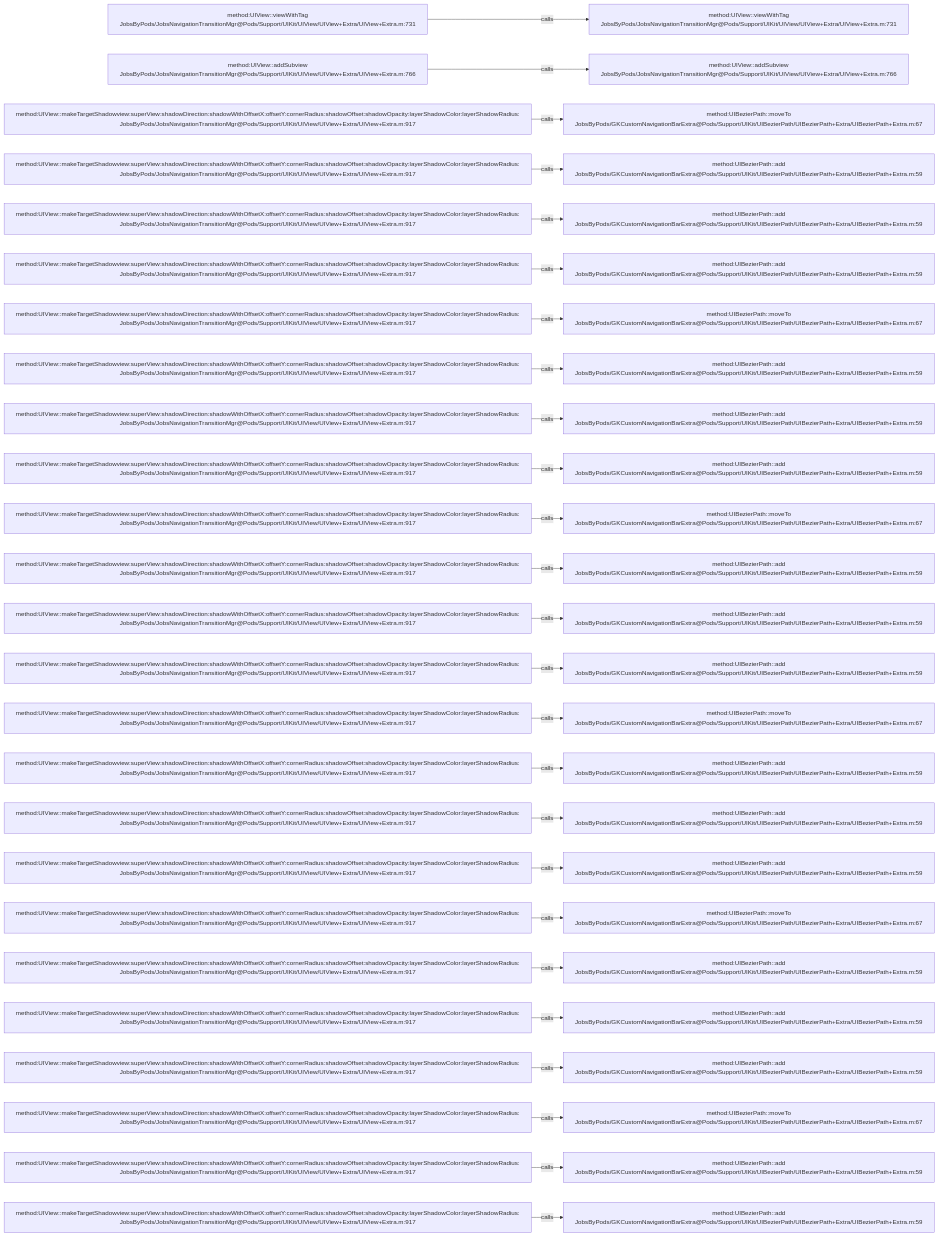
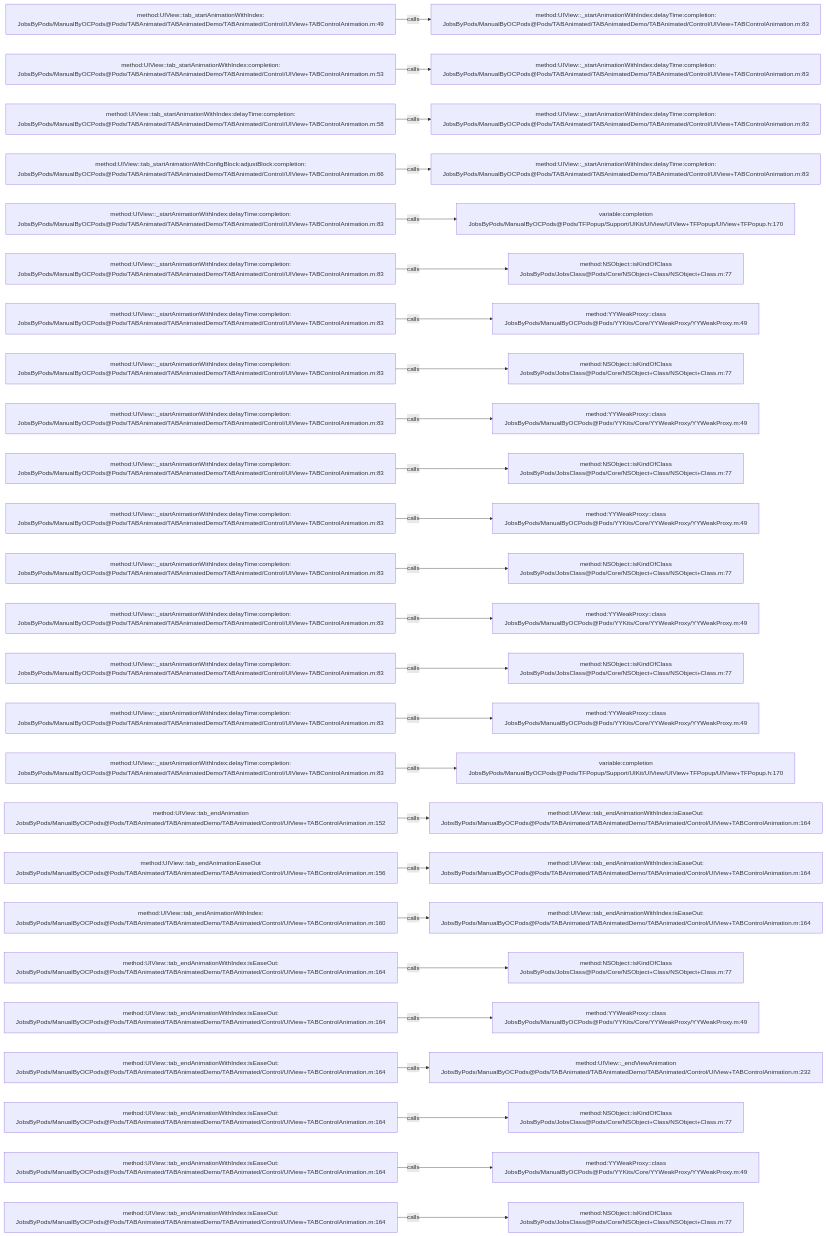
The diagram in .codegraph/codegraph.md/graphs/calls-132.md (JobsKits/JobsOCBaseConfigDemo), drawn with Mermaid before and after one commit. The commit also changed 573 other files, not shown here.

````diff
--- a/.codegraph/codegraph.md/graphs/calls-132.md
+++ b/.codegraph/codegraph.md/graphs/calls-132.md
@@ -13,78 +13,78 @@
 ```mermaid
 flowchart LR
-  S1["method:UIView::viewWithTag<br/>JobsByPods/JobsNavigationTransitionMgr@Pods/Support/UIKit/UIView/UIView+Extra/UIView+Extra.m:731"]
-  T1["method:UIView::viewWithTag<br/>JobsByPods/JobsNavigationTransitionMgr@Pods/Support/UIKit/UIView/UIView+Extra/UIView+Extra.m:731"]
+  S1["method:UIView::tab_startAnimationWithIndex:<br/>JobsByPods/ManualByOCPods@Pods/TABAnimated/TABAnimatedDemo/TABAnimated/Control/UIView+TABControlAnimation.m:49"]
+  T1["method:UIView::_startAnimationWithIndex:delayTime:completion:<br/>JobsByPods/ManualByOCPods@Pods/TABAnimated/TABAnimatedDemo/TABAnimated/Control/UIView+TABControlAnimation.m:83"]
   S1 -->|calls| T1
-  S2["method:UIView::addSubview<br/>JobsByPods/JobsNavigationTransitionMgr@Pods/Support/UIKit/UIView/UIView+Extra/UIView+Extra.m:766"]
-  T2["method:UIView::addSubview<br/>JobsByPods/JobsNavigationTransitionMgr@Pods/Support/UIKit/UIView/UIView+Extra/UIView+Extra.m:766"]
+  S2["method:UIView::tab_startAnimationWithIndex:completion:<br/>JobsByPods/ManualByOCPods@Pods/TABAnimated/TABAnimatedDemo/TABAnimated/Control/UIView+TABControlAnimation.m:53"]
+  T2["method:UIView::_startAnimationWithIndex:delayTime:completion:<br/>JobsByPods/ManualByOCPods@Pods/TABAnimated/TABAnimatedDemo/TABAnimated/Control/UIView+TABControlAnimation.m:83"]
   S2 -->|calls| T2
-  S3["method:UIView::makeTargetShadowview:superView:shadowDirection:shadowWithOffsetX:offsetY:cornerRadius:shadowOffset:shadowOpacity:layerShadowColor:layerShadowRadius:<br/>JobsByPods/JobsNavigationTransitionMgr@Pods/Support/UIKit/UIView/UIView+Extra/UIView+Extra.m:917"]
-  T3["method:UIBezierPath::moveTo<br/>JobsByPods/GKCustomNavigationBarExtra@Pods/Support/UIKit/UIBezierPath/UIBezierPath+Extra/UIBezierPath+Extra.m:67"]
+  S3["method:UIView::tab_startAnimationWithIndex:delayTime:completion:<br/>JobsByPods/ManualByOCPods@Pods/TABAnimated/TABAnimatedDemo/TABAnimated/Control/UIView+TABControlAnimation.m:58"]
+  T3["method:UIView::_startAnimationWithIndex:delayTime:completion:<br/>JobsByPods/ManualByOCPods@Pods/TABAnimated/TABAnimatedDemo/TABAnimated/Control/UIView+TABControlAnimation.m:83"]
   S3 -->|calls| T3
-  S4["method:UIView::makeTargetShadowview:superView:shadowDirection:shadowWithOffsetX:offsetY:cornerRadius:shadowOffset:shadowOpacity:layerShadowColor:layerShadowRadius:<br/>JobsByPods/JobsNavigationTransitionMgr@Pods/Support/UIKit/UIView/UIView+Extra/UIView+Extra.m:917"]
-  T4["method:UIBezierPath::add<br/>JobsByPods/GKCustomNavigationBarExtra@Pods/Support/UIKit/UIBezierPath/UIBezierPath+Extra/UIBezierPath+Extra.m:59"]
+  S4["method:UIView::tab_startAnimationWithConfigBlock:adjustBlock:completion:<br/>JobsByPods/ManualByOCPods@Pods/TABAnimated/TABAnimatedDemo/TABAnimated/Control/UIView+TABControlAnimation.m:66"]
+  T4["method:UIView::_startAnimationWithIndex:delayTime:completion:<br/>JobsByPods/ManualByOCPods@Pods/TABAnimated/TABAnimatedDemo/TABAnimated/Control/UIView+TABControlAnimation.m:83"]
   S4 -->|calls| T4
-  S5["method:UIView::makeTargetShadowview:superView:shadowDirection:shadowWithOffsetX:offsetY:cornerRadius:shadowOffset:shadowOpacity:layerShadowColor:layerShadowRadius:<br/>JobsByPods/JobsNavigationTransitionMgr@Pods/Support/UIKit/UIView/UIView+Extra/UIView+Extra.m:917"]
-  T5["method:UIBezierPath::add<br/>JobsByPods/GKCustomNavigationBarExtra@Pods/Support/UIKit/UIBezierPath/UIBezierPath+Extra/UIBezierPath+Extra.m:59"]
+  S5["method:UIView::_startAnimationWithIndex:delayTime:completion:<br/>JobsByPods/ManualByOCPods@Pods/TABAnimated/TABAnimatedDemo/TABAnimated/Control/UIView+TABControlAnimation.m:83"]
+  T5["variable:completion<br/>JobsByPods/ManualByOCPods@Pods/TFPopup/Support/UIKit/UIView/UIView+TFPopup/UIView+TFPopup.h:170"]
   S5 -->|calls| T5
-  S6["method:UIView::makeTargetShadowview:superView:shadowDirection:shadowWithOffsetX:offsetY:cornerRadius:shadowOffset:shadowOpacity:layerShadowColor:layerShadowRadius:<br/>JobsByPods/JobsNavigationTransitionMgr@Pods/Support/UIKit/UIView/UIView+Extra/UIView+Extra.m:917"]
-  T6["method:UIBezierPath::add<br/>JobsByPods/GKCustomNavigationBarExtra@Pods/Support/UIKit/UIBezierPath/UIBezierPath+Extra/UIBezierPath+Extra.m:59"]
+  S6["method:UIView::_startAnimationWithIndex:delayTime:completion:<br/>JobsByPods/ManualByOCPods@Pods/TABAnimated/TABAnimatedDemo/TABAnimated/Control/UIView+TABControlAnimation.m:83"]
+  T6["method:NSObject::isKindOfClass<br/>JobsByPods/JobsClass@Pods/Core/NSObject+Class/NSObject+Class.m:77"]
   S6 -->|calls| T6
-  S7["method:UIView::makeTargetShadowview:superView:shadowDirection:shadowWithOffsetX:offsetY:cornerRadius:shadowOffset:shadowOpacity:layerShadowColor:layerShadowRadius:<br/>JobsByPods/JobsNavigationTransitionMgr@Pods/Support/UIKit/UIView/UIView+Extra/UIView+Extra.m:917"]
-  T7["method:UIBezierPath::moveTo<br/>JobsByPods/GKCustomNavigationBarExtra@Pods/Support/UIKit/UIBezierPath/UIBezierPath+Extra/UIBezierPath+Extra.m:67"]
+  S7["method:UIView::_startAnimationWithIndex:delayTime:completion:<br/>JobsByPods/ManualByOCPods@Pods/TABAnimated/TABAnimatedDemo/TABAnimated/Control/UIView+TABControlAnimation.m:83"]
+  T7["method:YYWeakProxy::class<br/>JobsByPods/ManualByOCPods@Pods/YYKits/Core/YYWeakProxy/YYWeakProxy.m:49"]
   S7 -->|calls| T7
-  S8["method:UIView::makeTargetShadowview:superView:shadowDirection:shadowWithOffsetX:offsetY:cornerRadius:shadowOffset:shadowOpacity:layerShadowColor:layerShadowRadius:<br/>JobsByPods/JobsNavigationTransitionMgr@Pods/Support/UIKit/UIView/UIView+Extra/UIView+Extra.m:917"]
-  T8["method:UIBezierPath::add<br/>JobsByPods/GKCustomNavigationBarExtra@Pods/Support/UIKit/UIBezierPath/UIBezierPath+Extra/UIBezierPath+Extra.m:59"]
+  S8["method:UIView::_startAnimationWithIndex:delayTime:completion:<br/>JobsByPods/ManualByOCPods@Pods/TABAnimated/TABAnimatedDemo/TABAnimated/Control/UIView+TABControlAnimation.m:83"]
+  T8["method:NSObject::isKindOfClass<br/>JobsByPods/JobsClass@Pods/Core/NSObject+Class/NSObject+Class.m:77"]
   S8 -->|calls| T8
-  S9["method:UIView::makeTargetShadowview:superView:shadowDirection:shadowWithOffsetX:offsetY:cornerRadius:shadowOffset:shadowOpacity:layerShadowColor:layerShadowRadius:<br/>JobsByPods/JobsNavigationTransitionMgr@Pods/Support/UIKit/UIView/UIView+Extra/UIView+Extra.m:917"]
-  T9["method:UIBezierPath::add<br/>JobsByPods/GKCustomNavigationBarExtra@Pods/Support/UIKit/UIBezierPath/UIBezierPath+Extra/UIBezierPath+Extra.m:59"]
+  S9["method:UIView::_startAnimationWithIndex:delayTime:completion:<br/>JobsByPods/ManualByOCPods@Pods/TABAnimated/TABAnimatedDemo/TABAnimated/Control/UIView+TABControlAnimation.m:83"]
+  T9["method:YYWeakProxy::class<br/>JobsByPods/ManualByOCPods@Pods/YYKits/Core/YYWeakProxy/YYWeakProxy.m:49"]
   S9 -->|calls| T9
-  S10["method:UIView::makeTargetShadowview:superView:shadowDirection:shadowWithOffsetX:offsetY:cornerRadius:shadowOffset:shadowOpacity:layerShadowColor:layerShadowRadius:<br/>JobsByPods/JobsNavigationTransitionMgr@Pods/Support/UIKit/UIView/UIView+Extra/UIView+Extra.m:917"]
-  T10["method:UIBezierPath::add<br/>JobsByPods/GKCustomNavigationBarExtra@Pods/Support/UIKit/UIBezierPath/UIBezierPath+Extra/UIBezierPath+Extra.m:59"]
+  S10["method:UIView::_startAnimationWithIndex:delayTime:completion:<br/>JobsByPods/ManualByOCPods@Pods/TABAnimated/TABAnimatedDemo/TABAnimated/Control/UIView+TABControlAnimation.m:83"]
+  T10["method:NSObject::isKindOfClass<br/>JobsByPods/JobsClass@Pods/Core/NSObject+Class/NSObject+Class.m:77"]
   S10 -->|calls| T10
-  S11["method:UIView::makeTargetShadowview:superView:shadowDirection:shadowWithOffsetX:offsetY:cornerRadius:shadowOffset:shadowOpacity:layerShadowColor:layerShadowRadius:<br/>JobsByPods/JobsNavigationTransitionMgr@Pods/Support/UIKit/UIView/UIView+Extra/UIView+Extra.m:917"]
-  T11["method:UIBezierPath::moveTo<br/>JobsByPods/GKCustomNavigationBarExtra@Pods/Support/UIKit/UIBezierPath/UIBezierPath+Extra/UIBezierPath+Extra.m:67"]
+  S11["method:UIView::_startAnimationWithIndex:delayTime:completion:<br/>JobsByPods/ManualByOCPods@Pods/TABAnimated/TABAnimatedDemo/TABAnimated/Control/UIView+TABControlAnimation.m:83"]
+  T11["method:YYWeakProxy::class<br/>JobsByPods/ManualByOCPods@Pods/YYKits/Core/YYWeakProxy/YYWeakProxy.m:49"]
   S11 -->|calls| T11
-  S12["method:UIView::makeTargetShadowview:superView:shadowDirection:shadowWithOffsetX:offsetY:cornerRadius:shadowOffset:shadowOpacity:layerShadowColor:layerShadowRadius:<br/>JobsByPods/JobsNavigationTransitionMgr@Pods/Support/UIKit/UIView/UIView+Extra/UIView+Extra.m:917"]
-  T12["method:UIBezierPath::add<br/>JobsByPods/GKCustomNavigationBarExtra@Pods/Support/UIKit/UIBezierPath/UIBezierPath+Extra/UIBezierPath+Extra.m:59"]
+  S12["method:UIView::_startAnimationWithIndex:delayTime:completion:<br/>JobsByPods/ManualByOCPods@Pods/TABAnimated/TABAnimatedDemo/TABAnimated/Control/UIView+TABControlAnimation.m:83"]
+  T12["method:NSObject::isKindOfClass<br/>JobsByPods/JobsClass@Pods/Core/NSObject+Class/NSObject+Class.m:77"]
   S12 -->|calls| T12
-  S13["method:UIView::makeTargetShadowview:superView:shadowDirection:shadowWithOffsetX:offsetY:cornerRadius:shadowOffset:shadowOpacity:layerShadowColor:layerShadowRadius:<br/>JobsByPods/JobsNavigationTransitionMgr@Pods/Support/UIKit/UIView/UIView+Extra/UIView+Extra.m:917"]
-  T13["method:UIBezierPath::add<br/>JobsByPods/GKCustomNavigationBarExtra@Pods/Support/UIKit/UIBezierPath/UIBezierPath+Extra/UIBezierPath+Extra.m:59"]
+  S13["method:UIView::_startAnimationWithIndex:delayTime:completion:<br/>JobsByPods/ManualByOCPods@Pods/TABAnimated/TABAnimatedDemo/TABAnimated/Control/UIView+TABControlAnimation.m:83"]
+  T13["method:YYWeakProxy::class<br/>JobsByPods/ManualByOCPods@Pods/YYKits/Core/YYWeakProxy/YYWeakProxy.m:49"]
   S13 -->|calls| T13
-  S14["method:UIView::makeTargetShadowview:superView:shadowDirection:shadowWithOffsetX:offsetY:cornerRadius:shadowOffset:shadowOpacity:layerShadowColor:layerShadowRadius:<br/>JobsByPods/JobsNavigationTransitionMgr@Pods/Support/UIKit/UIView/UIView+Extra/UIView+Extra.m:917"]
-  T14["method:UIBezierPath::add<br/>JobsByPods/GKCustomNavigationBarExtra@Pods/Support/UIKit/UIBezierPath/UIBezierPath+Extra/UIBezierPath+Extra.m:59"]
+  S14["method:UIView::_startAnimationWithIndex:delayTime:completion:<br/>JobsByPods/ManualByOCPods@Pods/TABAnimated/TABAnimatedDemo/TABAnimated/Control/UIView+TABControlAnimation.m:83"]
+  T14["method:NSObject::isKindOfClass<br/>JobsByPods/JobsClass@Pods/Core/NSObject+Class/NSObject+Class.m:77"]
   S14 -->|calls| T14
-  S15["method:UIView::makeTargetShadowview:superView:shadowDirection:shadowWithOffsetX:offsetY:cornerRadius:shadowOffset:shadowOpacity:layerShadowColor:layerShadowRadius:<br/>JobsByPods/JobsNavigationTransitionMgr@Pods/Support/UIKit/UIView/UIView+Extra/UIView+Extra.m:917"]
-  T15["method:UIBezierPath::moveTo<br/>JobsByPods/GKCustomNavigationBarExtra@Pods/Support/UIKit/UIBezierPath/UIBezierPath+Extra/UIBezierPath+Extra.m:67"]
+  S15["method:UIView::_startAnimationWithIndex:delayTime:completion:<br/>JobsByPods/ManualByOCPods@Pods/TABAnimated/TABAnimatedDemo/TABAnimated/Control/UIView+TABControlAnimation.m:83"]
+  T15["method:YYWeakProxy::class<br/>JobsByPods/ManualByOCPods@Pods/YYKits/Core/YYWeakProxy/YYWeakProxy.m:49"]
   S15 -->|calls| T15
-  S16["method:UIView::makeTargetShadowview:superView:shadowDirection:shadowWithOffsetX:offsetY:cornerRadius:shadowOffset:shadowOpacity:layerShadowColor:layerShadowRadius:<br/>JobsByPods/JobsNavigationTransitionMgr@Pods/Support/UIKit/UIView/UIView+Extra/UIView+Extra.m:917"]
-  T16["method:UIBezierPath::add<br/>JobsByPods/GKCustomNavigationBarExtra@Pods/Support/UIKit/UIBezierPath/UIBezierPath+Extra/UIBezierPath+Extra.m:59"]
+  S16["method:UIView::_startAnimationWithIndex:delayTime:completion:<br/>JobsByPods/ManualByOCPods@Pods/TABAnimated/TABAnimatedDemo/TABAnimated/Control/UIView+TABControlAnimation.m:83"]
+  T16["variable:completion<br/>JobsByPods/ManualByOCPods@Pods/TFPopup/Support/UIKit/UIView/UIView+TFPopup/UIView+TFPopup.h:170"]
   S16 -->|calls| T16
-  S17["method:UIView::makeTargetShadowview:superView:shadowDirection:shadowWithOffsetX:offsetY:cornerRadius:shadowOffset:shadowOpacity:layerShadowColor:layerShadowRadius:<br/>JobsByPods/JobsNavigationTransitionMgr@Pods/Support/UIKit/UIView/UIView+Extra/UIView+Extra.m:917"]
-  T17["method:UIBezierPath::add<br/>JobsByPods/GKCustomNavigationBarExtra@Pods/Support/UIKit/UIBezierPath/UIBezierPath+Extra/UIBezierPath+Extra.m:59"]
+  S17["method:UIView::tab_endAnimation<br/>JobsByPods/ManualByOCPods@Pods/TABAnimated/TABAnimatedDemo/TABAnimated/Control/UIView+TABControlAnimation.m:152"]
+  T17["method:UIView::tab_endAnimationWithIndex:isEaseOut:<br/>JobsByPods/ManualByOCPods@Pods/TABAnimated/TABAnimatedDemo/TABAnimated/Control/UIView+TABControlAnimation.m:164"]
   S17 -->|calls| T17
-  S18["method:UIView::makeTargetShadowview:superView:shadowDirection:shadowWithOffsetX:offsetY:cornerRadius:shadowOffset:shadowOpacity:layerShadowColor:layerShadowRadius:<br/>JobsByPods/JobsNavigationTransitionMgr@Pods/Support/UIKit/UIView/UIView+Extra/UIView+Extra.m:917"]
-  T18["method:UIBezierPath::add<br/>JobsByPods/GKCustomNavigationBarExtra@Pods/Support/UIKit/UIBezierPath/UIBezierPath+Extra/UIBezierPath+Extra.m:59"]
+  S18["method:UIView::tab_endAnimationEaseOut<br/>JobsByPods/ManualByOCPods@Pods/TABAnimated/TABAnimatedDemo/TABAnimated/Control/UIView+TABControlAnimation.m:156"]
+  T18["method:UIView::tab_endAnimationWithIndex:isEaseOut:<br/>JobsByPods/ManualByOCPods@Pods/TABAnimated/TABAnimatedDemo/TABAnimated/Control/UIView+TABControlAnimation.m:164"]
   S18 -->|calls| T18
-  S19["method:UIView::makeTargetShadowview:superView:shadowDirection:shadowWithOffsetX:offsetY:cornerRadius:shadowOffset:shadowOpacity:layerShadowColor:layerShadowRadius:<br/>JobsByPods/JobsNavigationTransitionMgr@Pods/Support/UIKit/UIView/UIView+Extra/UIView+Extra.m:917"]
-  T19["method:UIBezierPath::moveTo<br/>JobsByPods/GKCustomNavigationBarExtra@Pods/Support/UIKit/UIBezierPath/UIBezierPath+Extra/UIBezierPath+Extra.m:67"]
+  S19["method:UIView::tab_endAnimationWithIndex:<br/>JobsByPods/ManualByOCPods@Pods/TABAnimated/TABAnimatedDemo/TABAnimated/Control/UIView+TABControlAnimation.m:160"]
+  T19["method:UIView::tab_endAnimationWithIndex:isEaseOut:<br/>JobsByPods/ManualByOCPods@Pods/TABAnimated/TABAnimatedDemo/TABAnimated/Control/UIView+TABControlAnimation.m:164"]
   S19 -->|calls| T19
-  S20["method:UIView::makeTargetShadowview:superView:shadowDirection:shadowWithOffsetX:offsetY:cornerRadius:shadowOffset:shadowOpacity:layerShadowColor:layerShadowRadius:<br/>JobsByPods/JobsNavigationTransitionMgr@Pods/Support/UIKit/UIView/UIView+Extra/UIView+Extra.m:917"]
-  T20["method:UIBezierPath::add<br/>JobsByPods/GKCustomNavigationBarExtra@Pods/Support/UIKit/UIBezierPath/UIBezierPath+Extra/UIBezierPath+Extra.m:59"]
+  S20["method:UIView::tab_endAnimationWithIndex:isEaseOut:<br/>JobsByPods/ManualByOCPods@Pods/TABAnimated/TABAnimatedDemo/TABAnimated/Control/UIView+TABControlAnimation.m:164"]
+  T20["method:NSObject::isKindOfClass<br/>JobsByPods/JobsClass@Pods/Core/NSObject+Class/NSObject+Class.m:77"]
   S20 -->|calls| T20
-  S21["method:UIView::makeTargetShadowview:superView:shadowDirection:shadowWithOffsetX:offsetY:cornerRadius:shadowOffset:shadowOpacity:layerShadowColor:layerShadowRadius:<br/>JobsByPods/JobsNavigationTransitionMgr@Pods/Support/UIKit/UIView/UIView+Extra/UIView+Extra.m:917"]
-  T21["method:UIBezierPath::add<br/>JobsByPods/GKCustomNavigationBarExtra@Pods/Support/UIKit/UIBezierPath/UIBezierPath+Extra/UIBezierPath+Extra.m:59"]
+  S21["method:UIView::tab_endAnimationWithIndex:isEaseOut:<br/>JobsByPods/ManualByOCPods@Pods/TABAnimated/TABAnimatedDemo/TABAnimated/Control/UIView+TABControlAnimation.m:164"]
+  T21["method:YYWeakProxy::class<br/>JobsByPods/ManualByOCPods@Pods/YYKits/Core/YYWeakProxy/YYWeakProxy.m:49"]
   S21 -->|calls| T21
-  S22["method:UIView::makeTargetShadowview:superView:shadowDirection:shadowWithOffsetX:offsetY:cornerRadius:shadowOffset:shadowOpacity:layerShadowColor:layerShadowRadius:<br/>JobsByPods/JobsNavigationTransitionMgr@Pods/Support/UIKit/UIView/UIView+Extra/UIView+Extra.m:917"]
-  T22["method:UIBezierPath::add<br/>JobsByPods/GKCustomNavigationBarExtra@Pods/Support/UIKit/UIBezierPath/UIBezierPath+Extra/UIBezierPath+Extra.m:59"]
+  S22["method:UIView::tab_endAnimationWithIndex:isEaseOut:<br/>JobsByPods/ManualByOCPods@Pods/TABAnimated/TABAnimatedDemo/TABAnimated/Control/UIView+TABControlAnimation.m:164"]
+  T22["method:UIView::_endViewAnimation<br/>JobsByPods/ManualByOCPods@Pods/TABAnimated/TABAnimatedDemo/TABAnimated/Control/UIView+TABControlAnimation.m:232"]
   S22 -->|calls| T22
-  S23["method:UIView::makeTargetShadowview:superView:shadowDirection:shadowWithOffsetX:offsetY:cornerRadius:shadowOffset:shadowOpacity:layerShadowColor:layerShadowRadius:<br/>JobsByPods/JobsNavigationTransitionMgr@Pods/Support/UIKit/UIView/UIView+Extra/UIView+Extra.m:917"]
-  T23["method:UIBezierPath::moveTo<br/>JobsByPods/GKCustomNavigationBarExtra@Pods/Support/UIKit/UIBezierPath/UIBezierPath+Extra/UIBezierPath+Extra.m:67"]
+  S23["method:UIView::tab_endAnimationWithIndex:isEaseOut:<br/>JobsByPods/ManualByOCPods@Pods/TABAnimated/TABAnimatedDemo/TABAnimated/Control/UIView+TABControlAnimation.m:164"]
+  T23["method:NSObject::isKindOfClass<br/>JobsByPods/JobsClass@Pods/Core/NSObject+Class/NSObject+Class.m:77"]
   S23 -->|calls| T23
-  S24["method:UIView::makeTargetShadowview:superView:shadowDirection:shadowWithOffsetX:offsetY:cornerRadius:shadowOffset:shadowOpacity:layerShadowColor:layerShadowRadius:<br/>JobsByPods/JobsNavigationTransitionMgr@Pods/Support/UIKit/UIView/UIView+Extra/UIView+Extra.m:917"]
-  T24["method:UIBezierPath::add<br/>JobsByPods/GKCustomNavigationBarExtra@Pods/Support/UIKit/UIBezierPath/UIBezierPath+Extra/UIBezierPath+Extra.m:59"]
+  S24["method:UIView::tab_endAnimationWithIndex:isEaseOut:<br/>JobsByPods/ManualByOCPods@Pods/TABAnimated/TABAnimatedDemo/TABAnimated/Control/UIView+TABControlAnimation.m:164"]
+  T24["method:YYWeakProxy::class<br/>JobsByPods/ManualByOCPods@Pods/YYKits/Core/YYWeakProxy/YYWeakProxy.m:49"]
   S24 -->|calls| T24
-  S25["method:UIView::makeTargetShadowview:superView:shadowDirection:shadowWithOffsetX:offsetY:cornerRadius:shadowOffset:shadowOpacity:layerShadowColor:layerShadowRadius:<br/>JobsByPods/JobsNavigationTransitionMgr@Pods/Support/UIKit/UIView/UIView+Extra/UIView+Extra.m:917"]
-  T25["method:UIBezierPath::add<br/>JobsByPods/GKCustomNavigationBarExtra@Pods/Support/UIKit/UIBezierPath/UIBezierPath+Extra/UIBezierPath+Extra.m:59"]
+  S25["method:UIView::tab_endAnimationWithIndex:isEaseOut:<br/>JobsByPods/ManualByOCPods@Pods/TABAnimated/TABAnimatedDemo/TABAnimated/Control/UIView+TABControlAnimation.m:164"]
+  T25["method:NSObject::isKindOfClass<br/>JobsByPods/JobsClass@Pods/Core/NSObject+Class/NSObject+Class.m:77"]
   S25 -->|calls| T25
 ```
````
